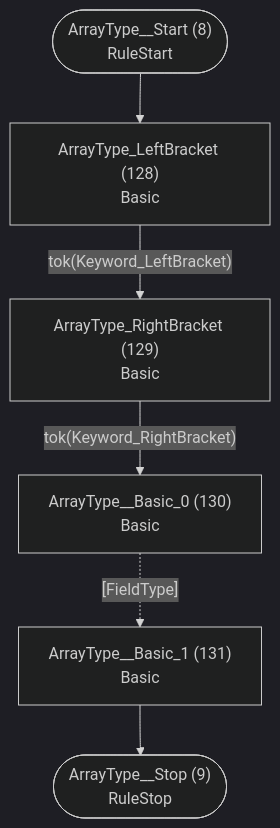
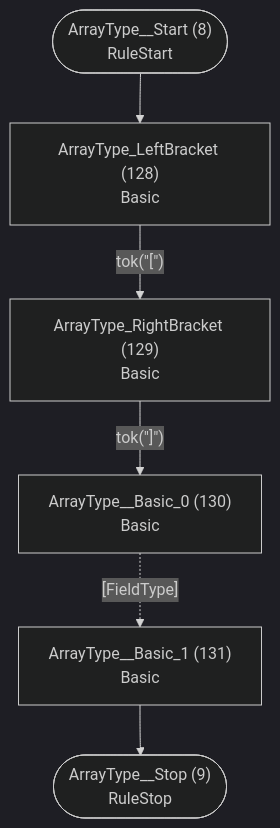
One commit to TypeFox/fastbelt changed the fifth of 37 diagrams in internal/grammar/atn.md. Above: the diagram before and after it, drawn with Mermaid (dark theme). The commit also changed other lines of this file and 3 other files, not shown here.

````diff
--- a/internal/grammar/atn.md
+++ b/internal/grammar/atn.md
@@ -166,15 +166,15 @@
 ```mermaid
 flowchart TD
     q8(["ArrayType__Start (8)<br/>RuleStart"])
     q9(["ArrayType__Stop (9)<br/>RuleStop"])
     q128["ArrayType_LeftBracket (128)<br/>Basic<br/>"]
     q129["ArrayType_RightBracket (129)<br/>Basic<br/>"]
     q130["ArrayType__Basic_0 (130)<br/>Basic<br/>"]
     q131["ArrayType__Basic_1 (131)<br/>Basic<br/>"]
 
     q8 --> q128
-    q128 -->|"tok(Keyword_LeftBracket)"| q129
-    q129 -->|"tok(Keyword_RightBracket)"| q130
+    q128 -->|"tok(&quot;[&quot;)"| q129
+    q129 -->|"tok(&quot;]&quot;)"| q130
     q130 -.->|"[FieldType]"| q131
     q131 --> q9
 ```
````
